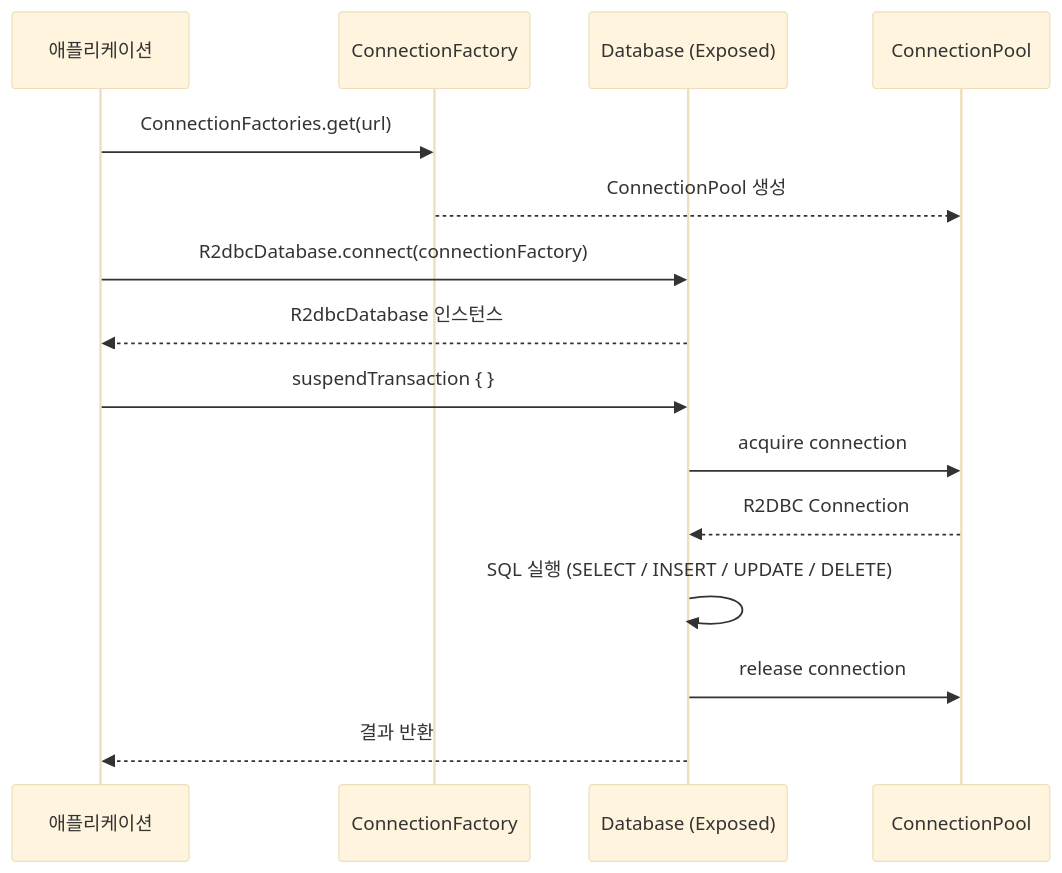
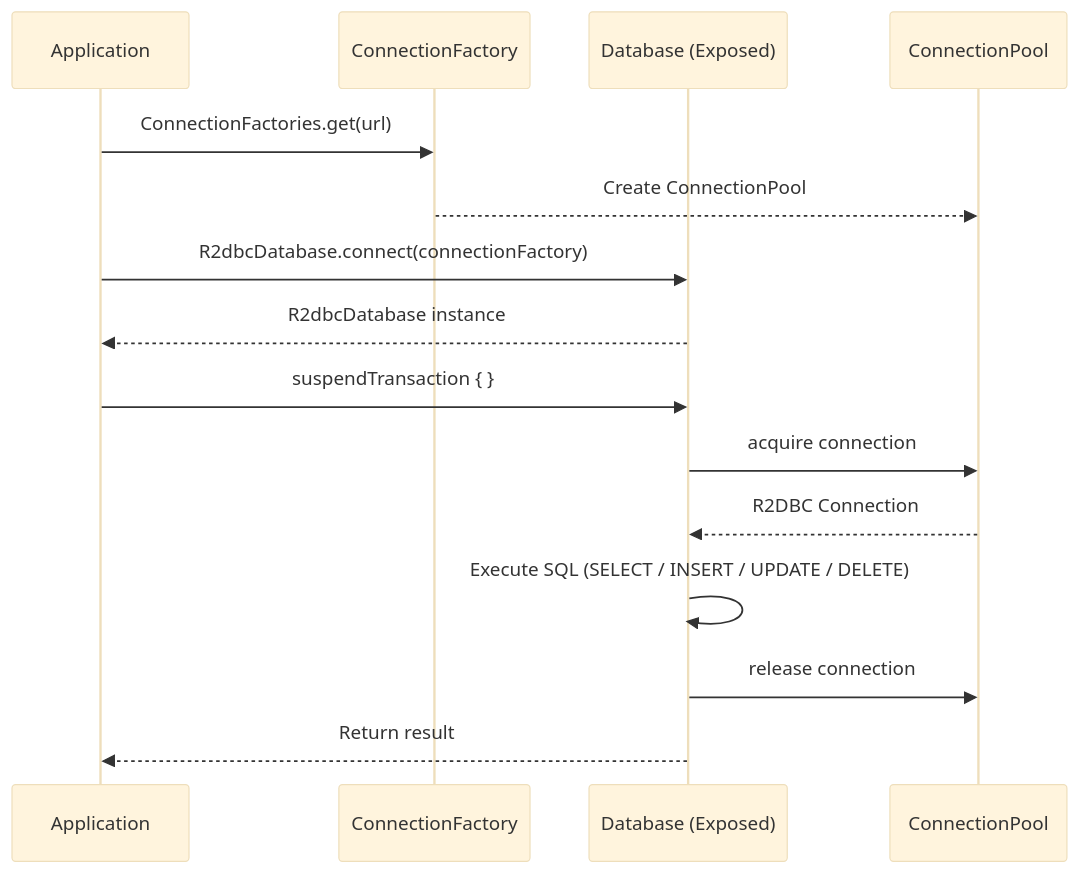
The first of 2 diagrams in 04-exposed-r2dbc-ddl/01-connection/README.md (bluetape4k/exposed-r2dbc-workshop), drawn with Mermaid (base theme) before and after one commit. The commit also changed other lines of this file and 63 other files, not shown here.

First line of the commit message:
docs: 전 모듈 README Mermaid UML 추가 및 영/한 이중화

````diff
--- a/04-exposed-r2dbc-ddl/01-connection/README.md
+++ b/04-exposed-r2dbc-ddl/01-connection/README.md
@@ -30,19 +32,19 @@
 ```mermaid
 sequenceDiagram
-    participant App as 애플리케이션
+    participant App as Application
     participant CF as ConnectionFactory
     participant DB as Database (Exposed)
     participant Pool as ConnectionPool
 
     App ->> CF: ConnectionFactories.get(url)
-    CF -->> Pool: ConnectionPool 생성
+    CF -->> Pool: Create ConnectionPool
     App ->> DB: R2dbcDatabase.connect(connectionFactory)
-    DB -->> App: R2dbcDatabase 인스턴스
+    DB -->> App: R2dbcDatabase instance
 
     App ->> DB: suspendTransaction { }
     DB ->> Pool: acquire connection
     Pool -->> DB: R2DBC Connection
-    DB ->> DB: SQL 실행 (SELECT / INSERT / UPDATE / DELETE)
+    DB ->> DB: Execute SQL (SELECT / INSERT / UPDATE / DELETE)
     DB ->> Pool: release connection
-    DB -->> App: 결과 반환
+    DB -->> App: Return result
 ```
````
